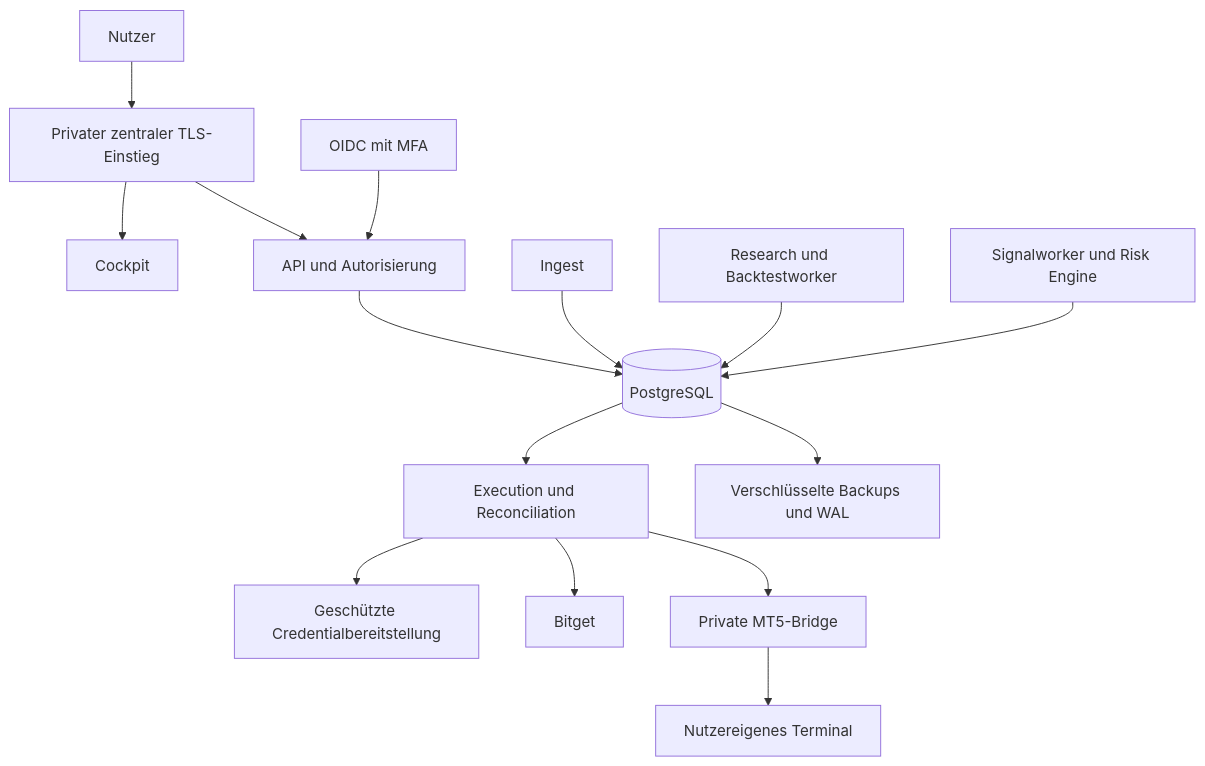
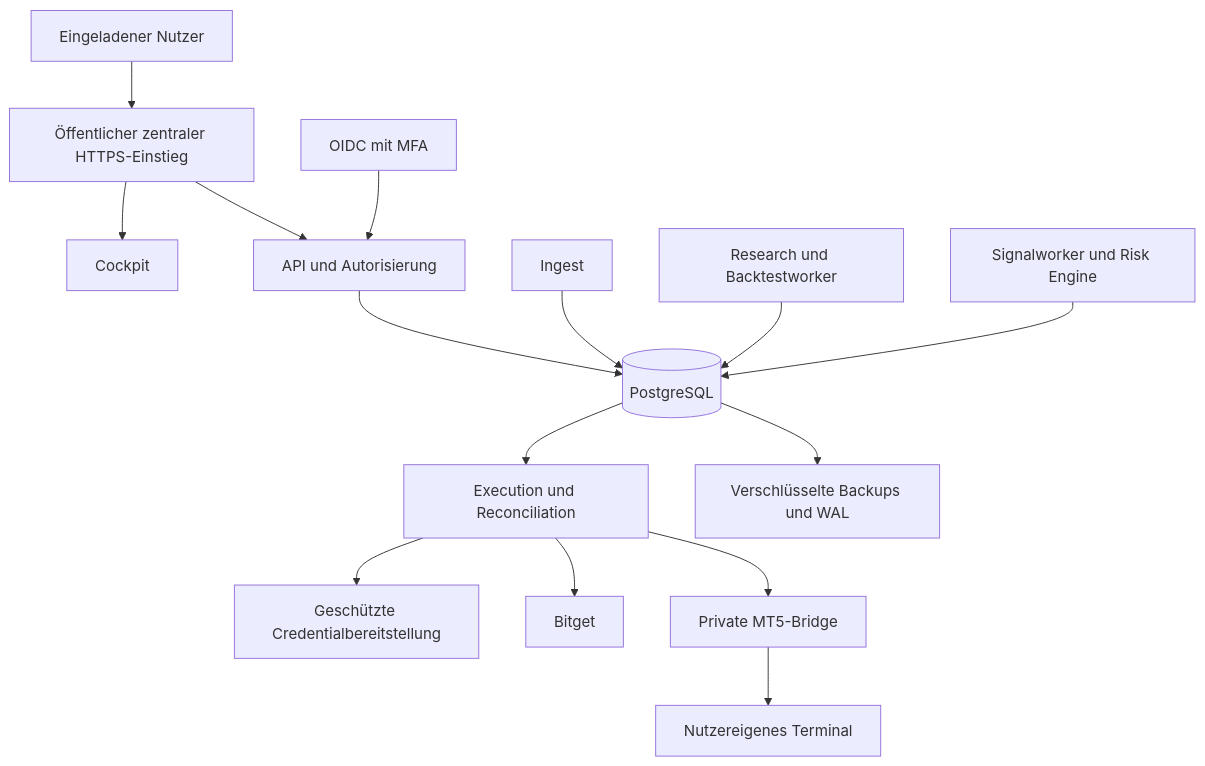
The first of 2 diagrams in docs/architecture.md (cadm-balzer/Investalo_Trading-Platform), drawn with Mermaid before and after one commit. The commit also changed other lines of this file and 19 other files, not shown here.

````diff
--- a/docs/architecture.md
+++ b/docs/architecture.md
@@ -16,17 +16,17 @@
 ```mermaid
 flowchart TB
-  USER[Nutzer] --> INGRESS[Privater zentraler TLS-Einstieg]
+  USER[Eingeladener Nutzer] --> INGRESS[Öffentlicher zentraler HTTPS-Einstieg]
   INGRESS --> WEB[Cockpit]
   INGRESS --> API[API und Autorisierung]
   IDP[OIDC mit MFA] --> API
   API --> DB[(PostgreSQL)]
   DATA[Ingest] --> DB
   BACKTEST[Research und Backtestworker] --> DB
   SIGNAL[Signalworker und Risk Engine] --> DB
   DB --> EXEC[Execution und Reconciliation]
   EXEC --> SECRET[Geschützte Credentialbereitstellung]
   EXEC --> BITGET[Bitget]
   EXEC --> BRIDGE[Private MT5-Bridge]
   BRIDGE --> MT5[Nutzereigenes Terminal]
   DB --> BACKUP[Verschlüsselte Backups und WAL]
 ```
````
